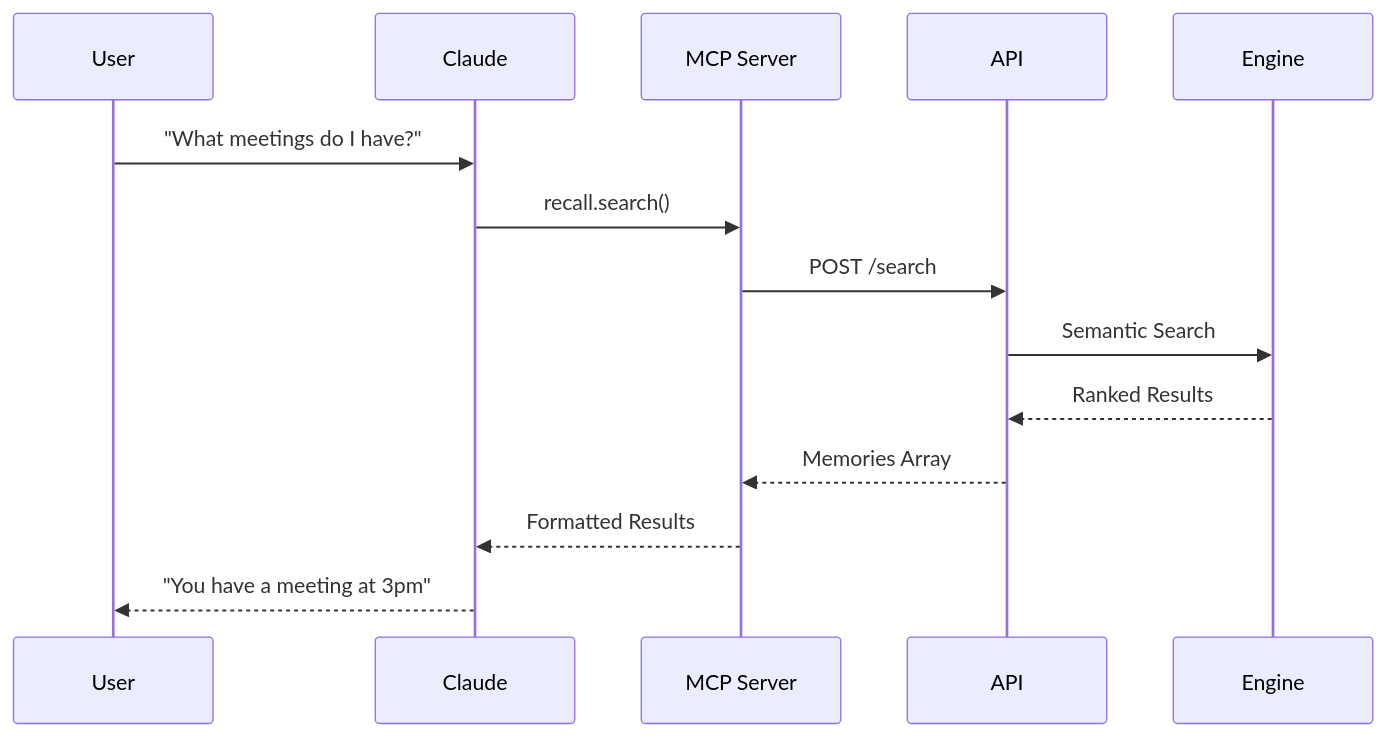
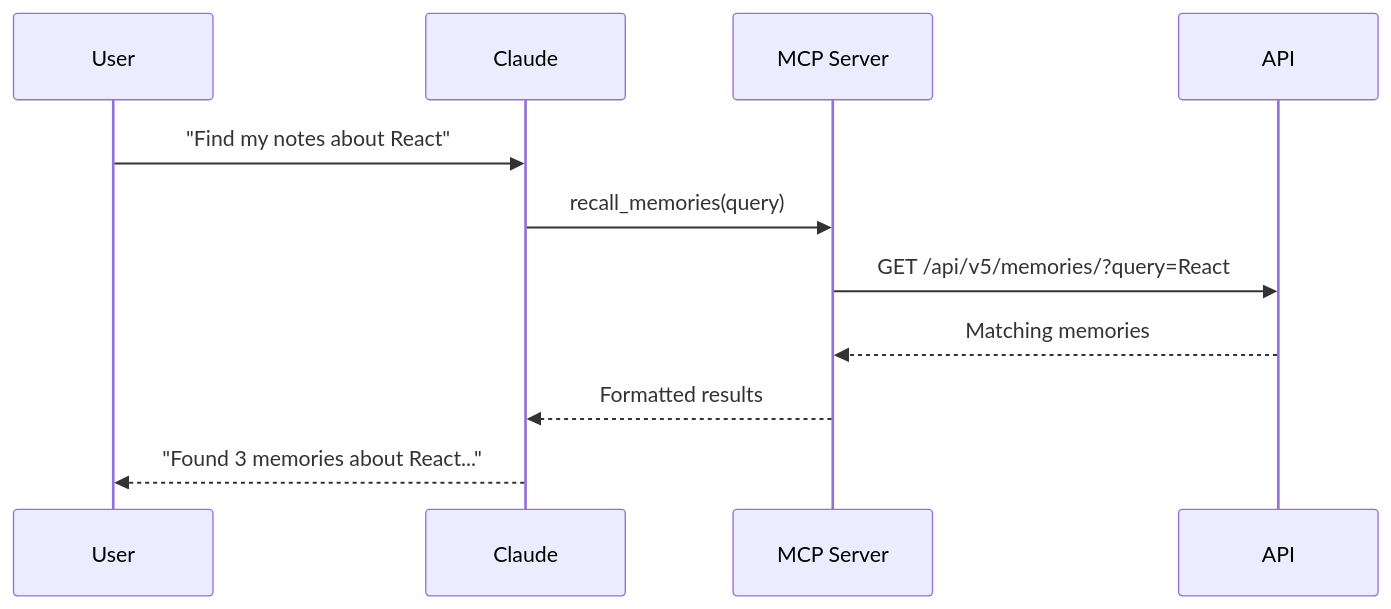
The second of 2 diagrams in docs/ARCHITECTURE.md (coladapo/purmemo-mcp), drawn with Mermaid before and after one commit. The commit also changed other lines of this file and 34 other files, not shown here.

````diff
--- a/docs/ARCHITECTURE.md
+++ b/docs/ARCHITECTURE.md
@@ -165,17 +158,14 @@
 ```mermaid
 sequenceDiagram
     participant User
     participant Claude
     participant MCP Server
     participant API
-    participant Engine
     
-    User->>Claude: "What meetings do I have?"
-    Claude->>MCP Server: recall.search()
-    MCP Server->>API: POST /search
-    API->>Engine: Semantic Search
-    Engine-->>API: Ranked Results
-    API-->>MCP Server: Memories Array
-    MCP Server-->>Claude: Formatted Results
-    Claude-->>User: "You have a meeting at 3pm"
+    User->>Claude: "Find my notes about React"
+    Claude->>MCP Server: recall_memories(query)
+    MCP Server->>API: GET /api/v5/memories/?query=React
+    API-->>MCP Server: Matching memories
+    MCP Server-->>Claude: Formatted results
+    Claude-->>User: "Found 3 memories about React..."
 ```
````
